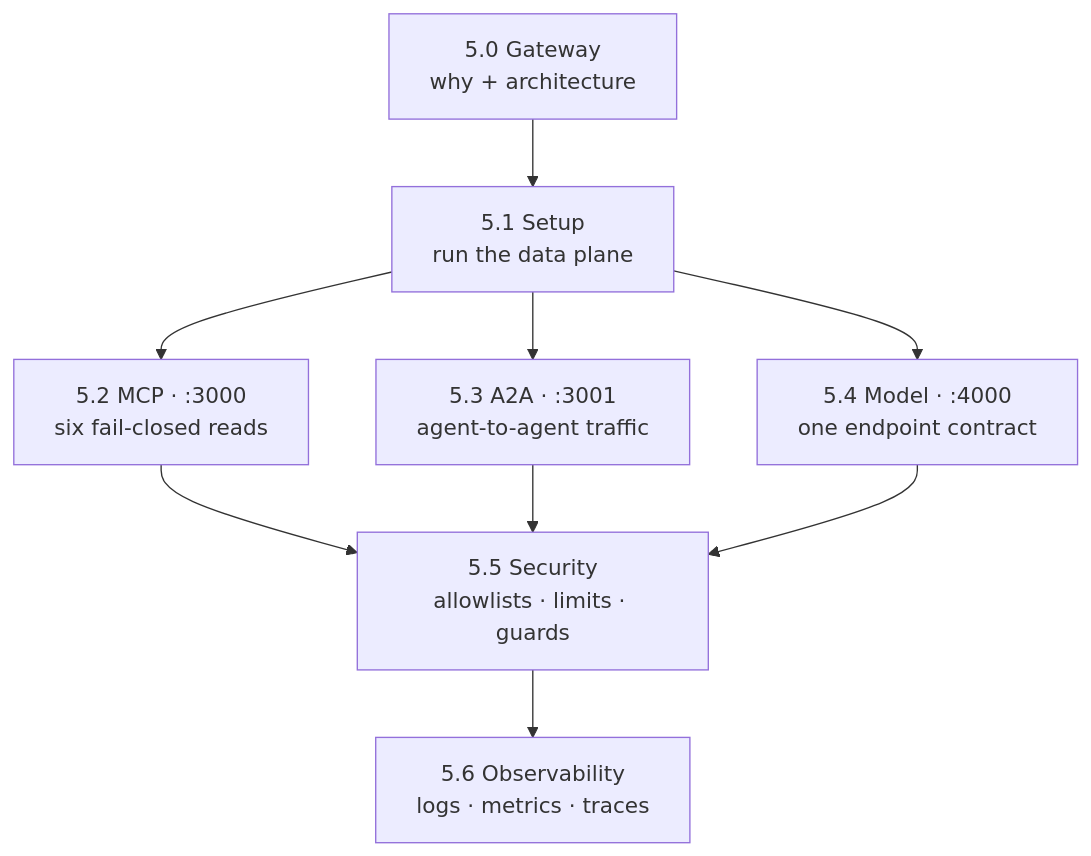
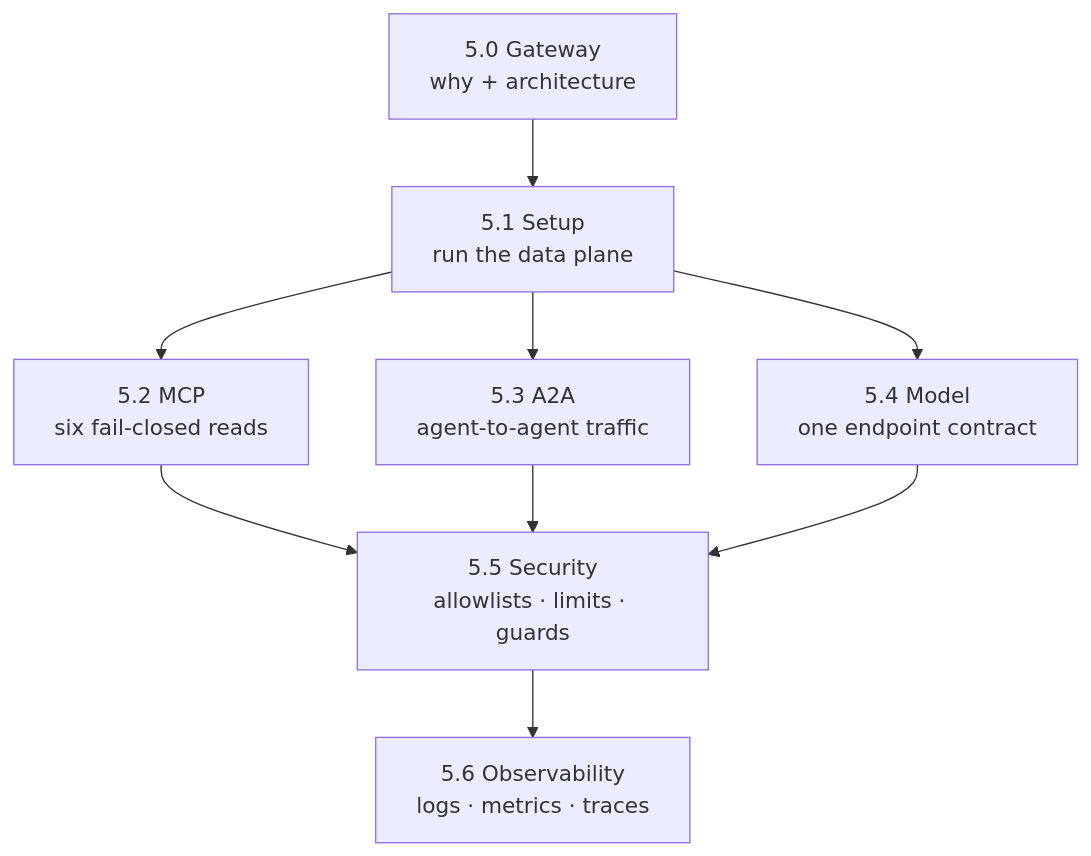
One commit to LuiGGi629/agentops-open-course changed the diagram in docs/5. Gateway/index.md. Above: the diagram before and after it, drawn with Mermaid. The commit also changed other lines of this file and 10 other files, not shown here.

````diff
--- a/docs/5. Gateway/index.md
+++ b/docs/5. Gateway/index.md
@@ -55,11 +43,11 @@
 ```mermaid
 flowchart TD
     Opener["5.0 Gateway<br/>why + architecture"] --> Setup["5.1 Setup<br/>run the data plane"]
-    Setup --> MCP["5.2 MCP · :3000<br/>six fail-closed reads"]
-    Setup --> A2A["5.3 A2A · :3001<br/>agent-to-agent traffic"]
-    Setup --> Model["5.4 Model · :4000<br/>one endpoint contract"]
+    Setup --> MCP["5.2 MCP<br/>six fail-closed reads"]
+    Setup --> A2A["5.3 A2A<br/>agent-to-agent traffic"]
+    Setup --> Model["5.4 Model<br/>one endpoint contract"]
     MCP --> Sec["5.5 Security<br/>allowlists · limits · guards"]
     A2A --> Sec
     Model --> Sec
     Sec --> Obs["5.6 Observability<br/>logs · metrics · traces"]
 ```
````
